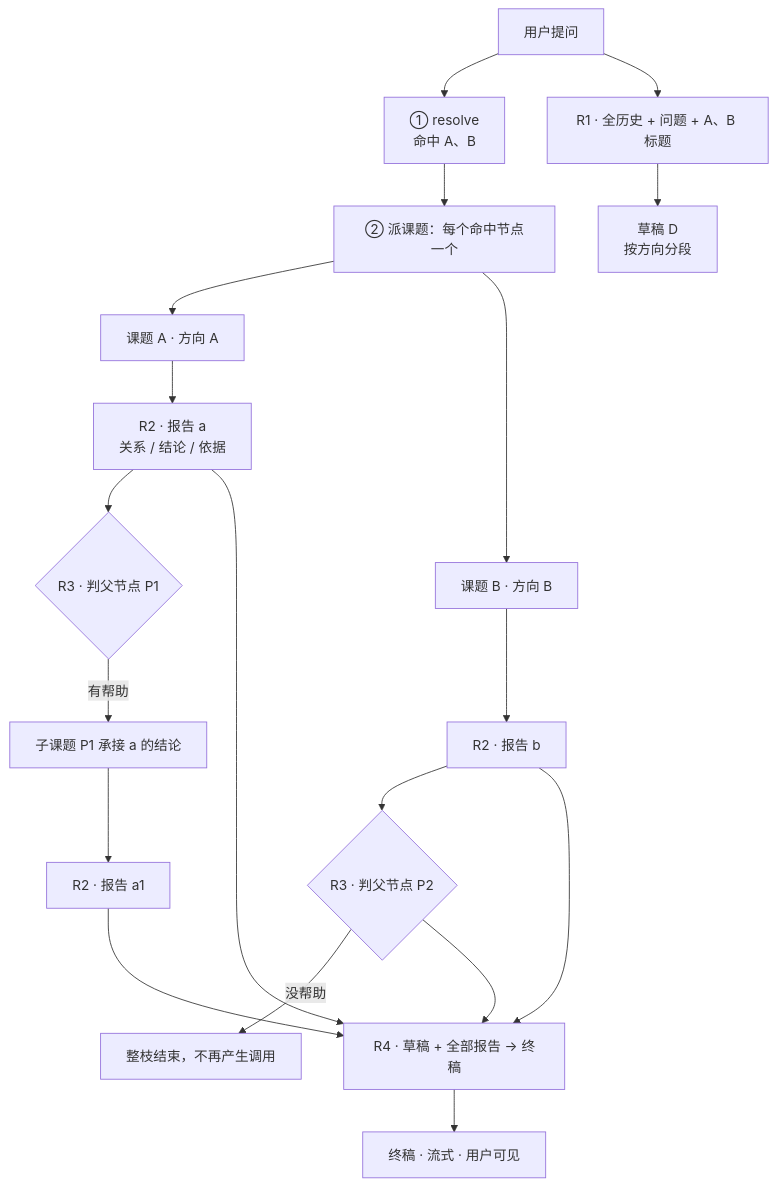
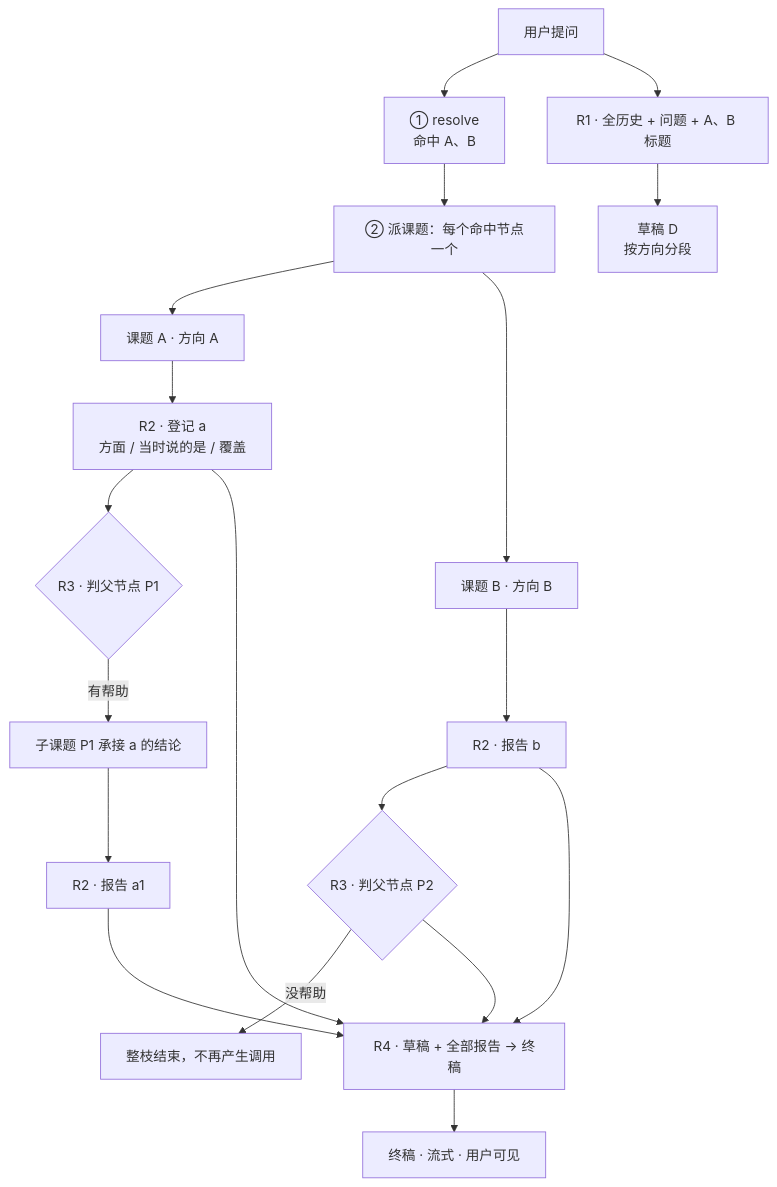
The diagram in docs/l3-progressive-retrieval.md (jocaine/CoRead-weread), drawn with Mermaid before and after one commit. The commit also changed other lines of this file and 43 other files, not shown here.

````diff
--- a/docs/l3-progressive-retrieval.md
+++ b/docs/l3-progressive-retrieval.md
@@ -35,21 +36,21 @@
 ```mermaid
 flowchart TD
   Q[用户提问] --> RS[① resolve<br/>命中 A、B]
   Q --> R1[R1 · 全历史 + 问题 + A、B 标题]
   R1 --> D[草稿 D<br/>按方向分段]
   RS --> T[② 派课题：每个命中节点一个]
   T --> KA[课题 A · 方向 A]
   T --> KB[课题 B · 方向 B]
-  KA --> RA[R2 · 报告 a<br/>关系 / 结论 / 依据]
+  KA --> RA[R2 · 登记 a<br/>方面 / 当时说的是 / 覆盖]
   KB --> RB[R2 · 报告 b]
   RA --> G1{R3 · 判父节点 P1}
   RB --> G2{R3 · 判父节点 P2}
   G1 -- 有帮助 --> SA[子课题 P1 承接 a 的结论]
   SA --> RA2[R2 · 报告 a1]
   G2 -- 没帮助 --> X[整枝结束，不再产生调用]
   RA --> R4[R4 · 草稿 + 全部报告 → 终稿]
   RB --> R4
   RA2 --> R4
   G2 --> R4
   R4 --> A[终稿 · 流式 · 用户可见]
 ```
````
